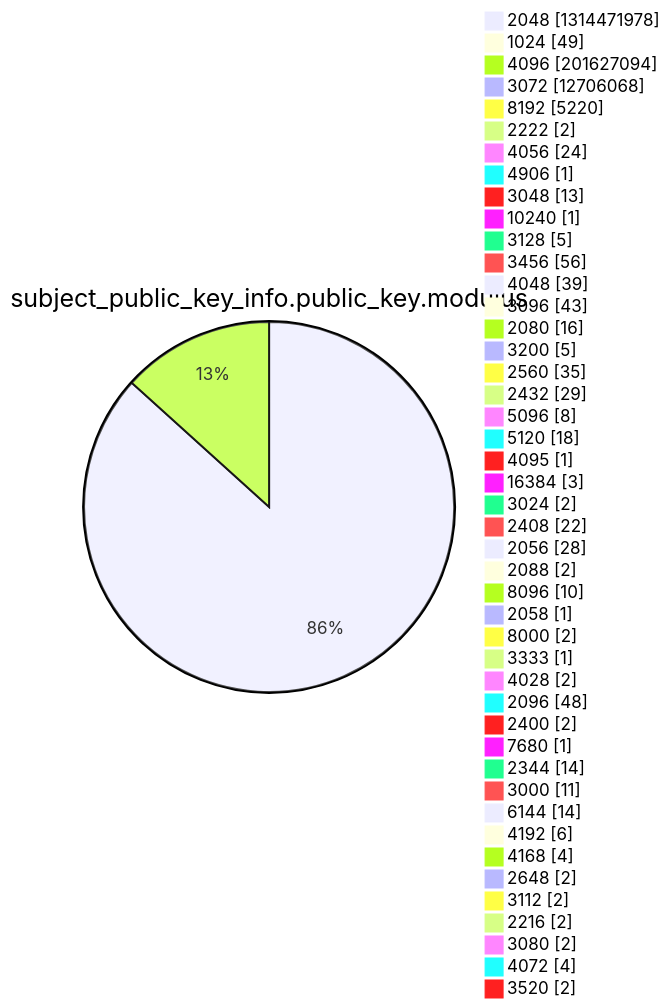
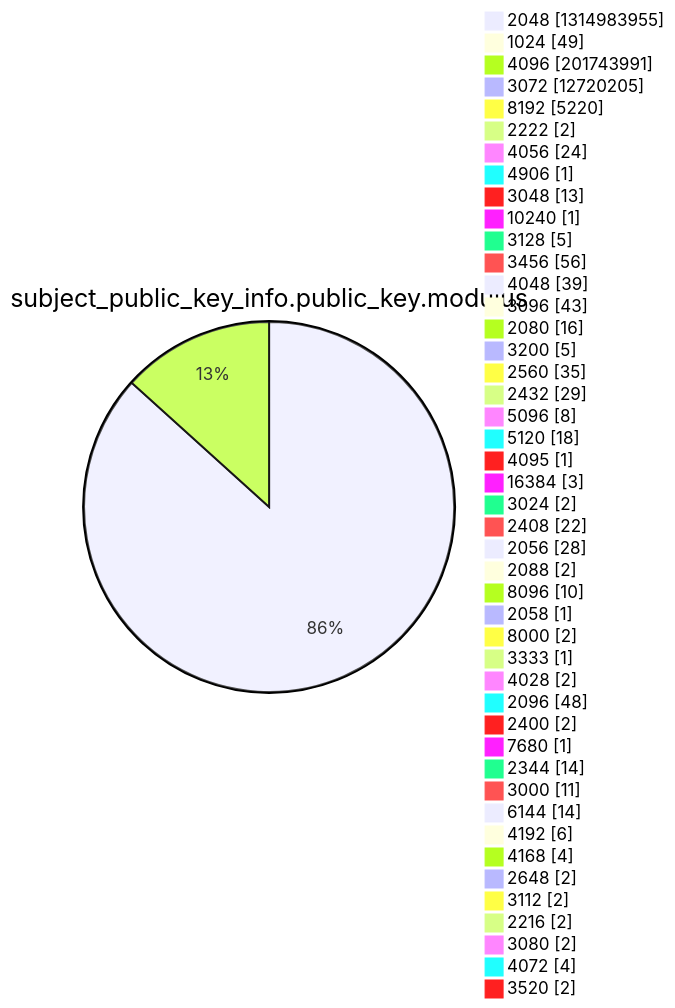
Diagram 13 of 15 in xenon2022/README.md (christiankrug/ctmonitor_visualization), drawn with Mermaid before and after one commit. The commit also changed other lines of this file, not shown here.

````diff
--- a/xenon2022/README.md
+++ b/xenon2022/README.md
@@ -3924,49 +3924,49 @@
 ```mermaid
 pie showData
 title subject_public_key_info.public_key.modulus
-"2048" :1314471978
+"2048" :1314983955
 "1024" :49
-"4096" :201627094
-"3072" :12706068
+"4096" :201743991
+"3072" :12720205
 "8192" :5220
 "2222" :2
 "4056" :24
 "4906" :1
 "3048" :13
 "10240" :1
 "3128" :5
 "3456" :56
 "4048" :39
 "3096" :43
 "2080" :16
 "3200" :5
 "2560" :35
 "2432" :29
 "5096" :8
 "5120" :18
 "4095" :1
 "16384" :3
 "3024" :2
 "2408" :22
 "2056" :28
 "2088" :2
 "8096" :10
 "2058" :1
 "8000" :2
 "3333" :1
 "4028" :2
 "2096" :48
 "2400" :2
 "7680" :1
 "2344" :14
 "3000" :11
 "6144" :14
 "4192" :6
 "4168" :4
 "2648" :2
 "3112" :2
 "2216" :2
 "3080" :2
 "4072" :4
 "3520" :2
 ```
````
